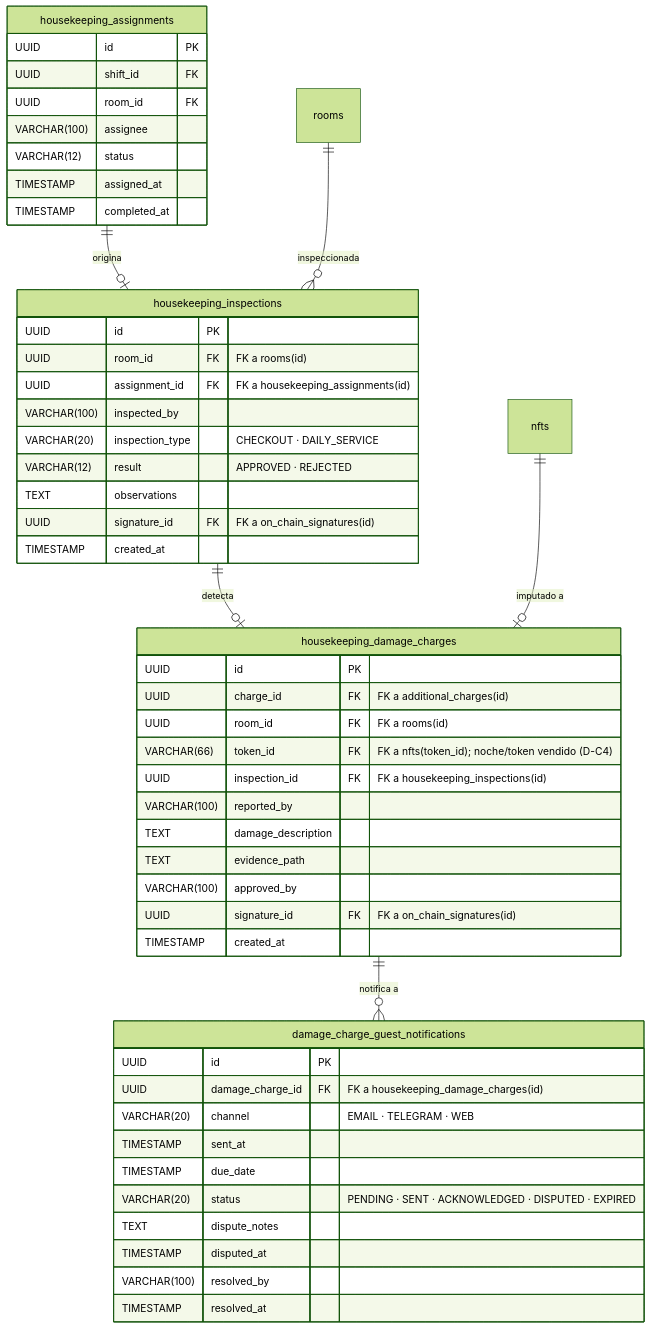
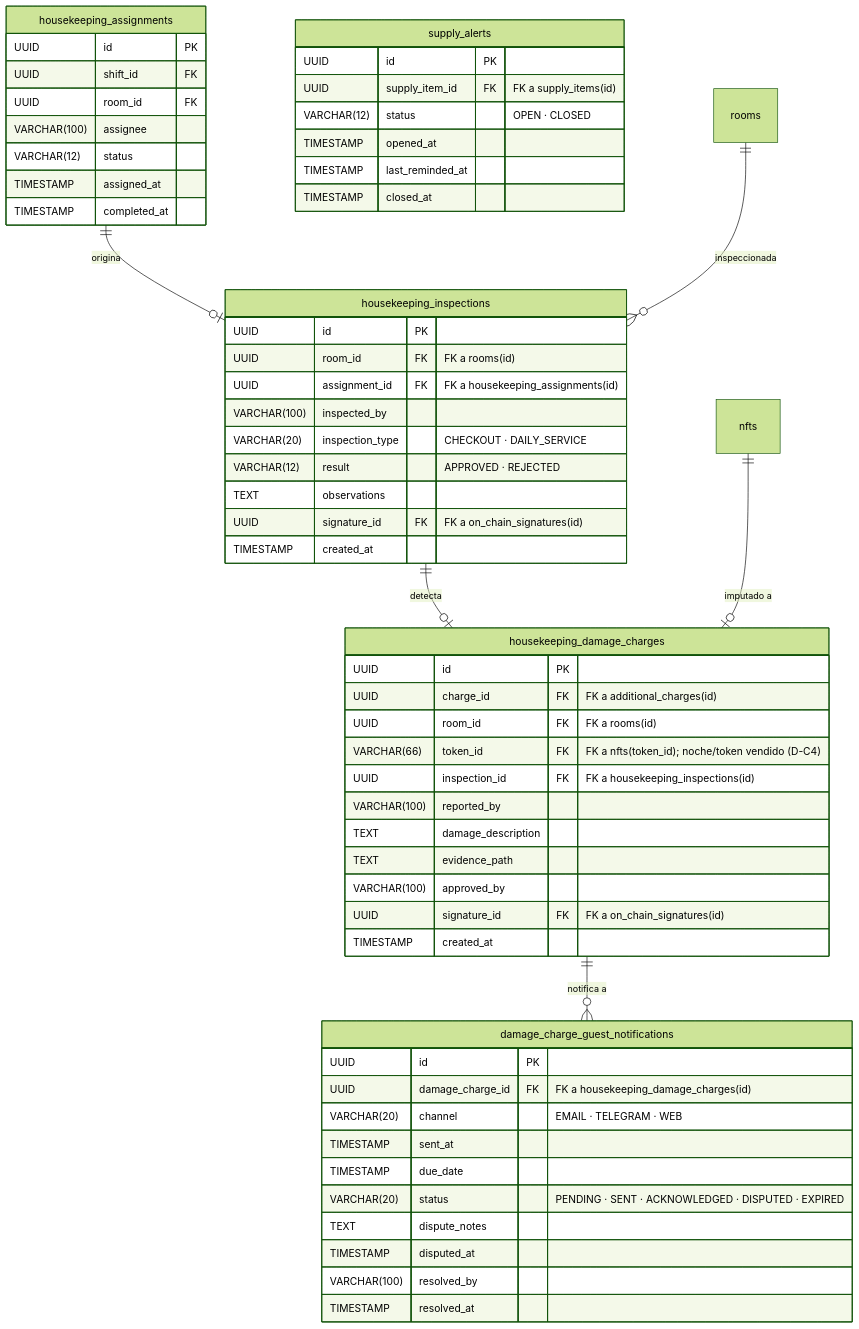
Before and after one commit to anlucorporations/hotel-room-mcp-trazable: the fifth of 5 diagrams in RepoTecnico/propuesta_vNext/diagrama_er.md, drawn with Mermaid (forest theme). The commit also changed other lines of this file and 11 other files, not shown here.

````diff
--- a/RepoTecnico/propuesta_vNext/diagrama_er.md
+++ b/RepoTecnico/propuesta_vNext/diagrama_er.md
@@ -245,57 +248,66 @@
 ```mermaid
 erDiagram
     housekeeping_assignments {
         UUID id PK
         UUID shift_id FK
         UUID room_id FK
         VARCHAR(100) assignee
         VARCHAR(12) status
         TIMESTAMP assigned_at
         TIMESTAMP completed_at
     }
 
     housekeeping_inspections {
         UUID id PK
         UUID room_id FK "FK a rooms(id)"
         UUID assignment_id FK "FK a housekeeping_assignments(id)"
         VARCHAR(100) inspected_by
         VARCHAR(20) inspection_type "CHECKOUT · DAILY_SERVICE"
         VARCHAR(12) result "APPROVED · REJECTED"
         TEXT observations
         UUID signature_id FK "FK a on_chain_signatures(id)"
         TIMESTAMP created_at
     }
 
     housekeeping_damage_charges {
         UUID id PK
         UUID charge_id FK "FK a additional_charges(id)"
         UUID room_id FK "FK a rooms(id)"
         VARCHAR(66) token_id FK "FK a nfts(token_id); noche/token vendido (D-C4)"
         UUID inspection_id FK "FK a housekeeping_inspections(id)"
         VARCHAR(100) reported_by
         TEXT damage_description
         TEXT evidence_path
         VARCHAR(100) approved_by
         UUID signature_id FK "FK a on_chain_signatures(id)"
         TIMESTAMP created_at
     }
 
     damage_charge_guest_notifications {
         UUID id PK
         UUID damage_charge_id FK "FK a housekeeping_damage_charges(id)"
         VARCHAR(20) channel "EMAIL · TELEGRAM · WEB"
         TIMESTAMP sent_at
         TIMESTAMP due_date
         VARCHAR(20) status "PENDING · SENT · ACKNOWLEDGED · DISPUTED · EXPIRED"
         TEXT dispute_notes
         TIMESTAMP disputed_at
         VARCHAR(100) resolved_by
         TIMESTAMP resolved_at
     }
 
+    supply_alerts {
+        UUID id PK
+        UUID supply_item_id FK "FK a supply_items(id)"
+        VARCHAR(12) status "OPEN · CLOSED"
+        TIMESTAMP opened_at
+        TIMESTAMP last_reminded_at
+        TIMESTAMP closed_at
+    }
+
     housekeeping_assignments ||--o| housekeeping_inspections : "origina"
     rooms ||--o{ housekeeping_inspections : "inspeccionada"
     housekeeping_damage_charges ||--o{ damage_charge_guest_notifications : "notifica a"
     housekeeping_inspections ||--o| housekeeping_damage_charges : "detecta"
     nfts ||--o| housekeeping_damage_charges : "imputado a"
 ```
````
